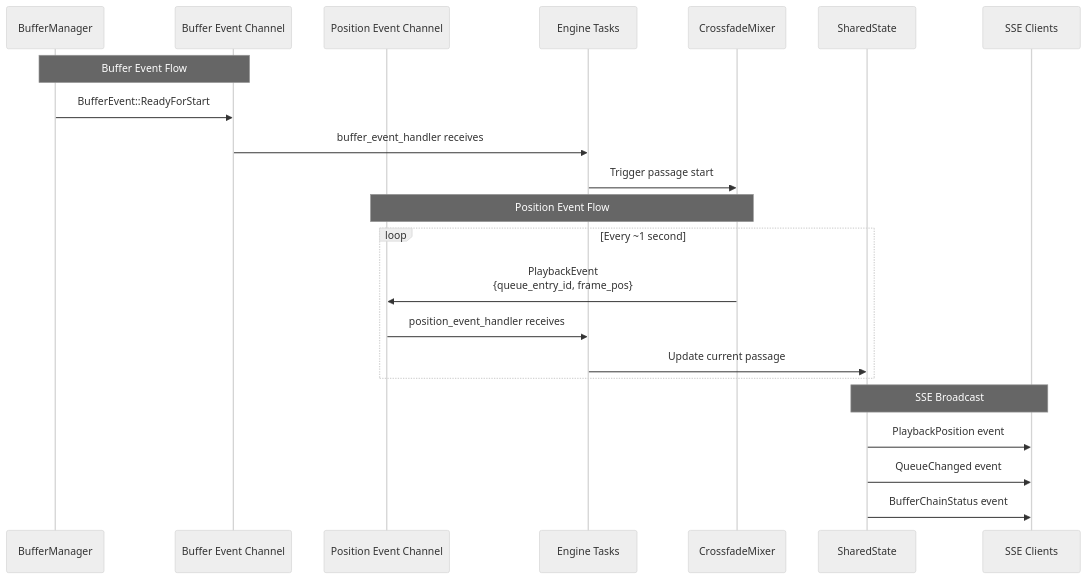
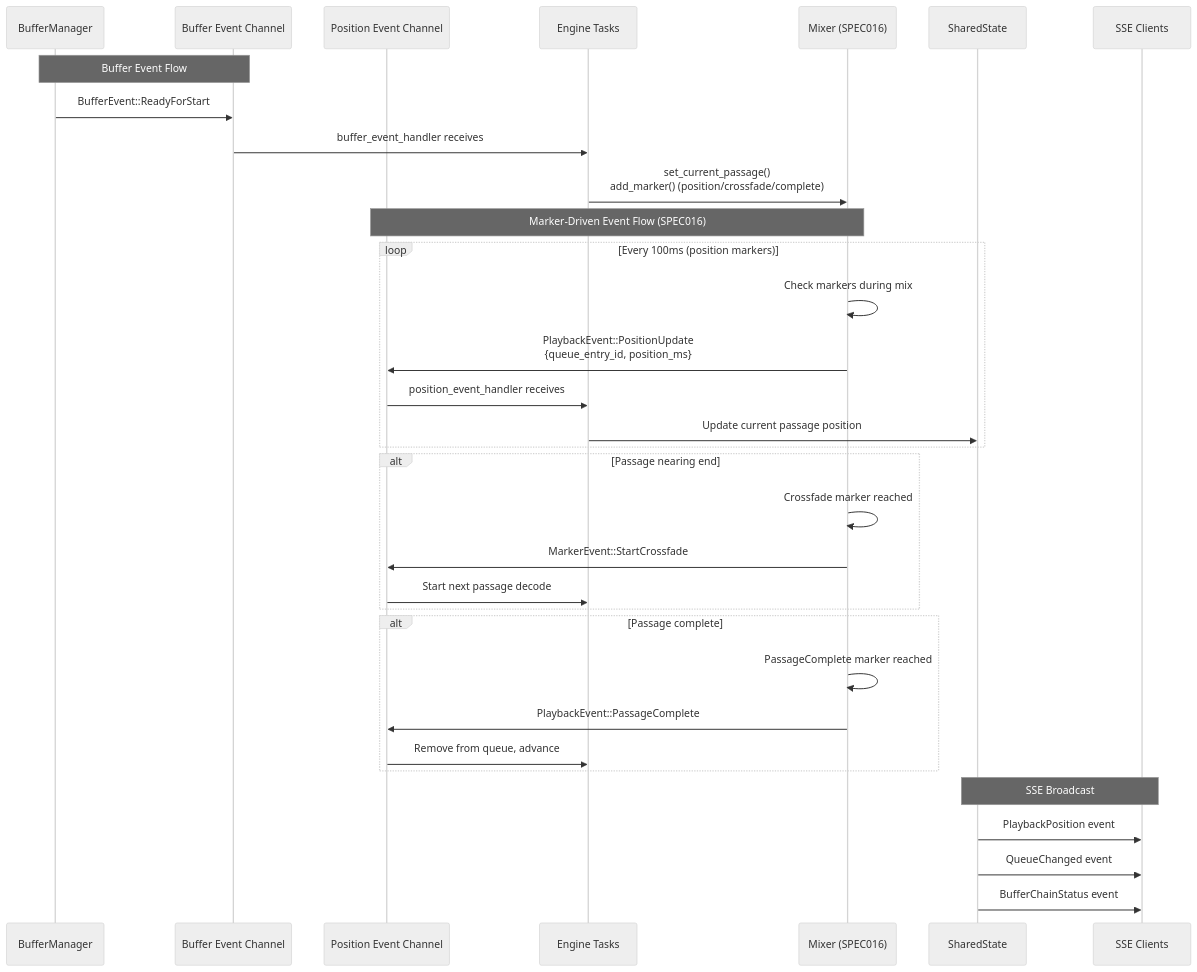
Before and after one commit to MangoCats/McRhythm: the fourth of 9 diagrams in docs/GUIDE003_audio_pipeline_diagrams.md, drawn with Mermaid (neutral theme). The commit also changed other lines of this file and 1 other file, not shown here.

Commit message:
mixer refactor getting better

````diff
--- a/docs/GUIDE003_audio_pipeline_diagrams.md
+++ b/docs/GUIDE003_audio_pipeline_diagrams.md
@@ -214,27 +214,40 @@
 ```mermaid
 sequenceDiagram
     participant BufMgr as BufferManager
     participant BufEvt as Buffer Event Channel
     participant PosEvt as Position Event Channel
     participant Engine as Engine Tasks
-    participant Mixer as CrossfadeMixer
+    participant Mixer as Mixer (SPEC016)
     participant State as SharedState
     participant SSE as SSE Clients
 
     Note over BufMgr,BufEvt: Buffer Event Flow
     BufMgr->>BufEvt: BufferEvent::ReadyForStart
     BufEvt->>Engine: buffer_event_handler receives
-    Engine->>Mixer: Trigger passage start
+    Engine->>Mixer: set_current_passage()<br/>add_marker() (position/crossfade/complete)
 
-    Note over Mixer,PosEvt: Position Event Flow
-    loop Every ~1 second
-        Mixer->>PosEvt: PlaybackEvent<br/>{queue_entry_id, frame_pos}
+    Note over Mixer,PosEvt: Marker-Driven Event Flow (SPEC016)
+    loop Every 100ms (position markers)
+        Mixer->>Mixer: Check markers during mix
+        Mixer->>PosEvt: PlaybackEvent::PositionUpdate<br/>{queue_entry_id, position_ms}
         PosEvt->>Engine: position_event_handler receives
-        Engine->>State: Update current passage
+        Engine->>State: Update current passage position
+    end
+
+    alt Passage nearing end
+        Mixer->>Mixer: Crossfade marker reached
+        Mixer->>PosEvt: MarkerEvent::StartCrossfade
+        PosEvt->>Engine: Start next passage decode
+    end
+
+    alt Passage complete
+        Mixer->>Mixer: PassageComplete marker reached
+        Mixer->>PosEvt: PlaybackEvent::PassageComplete
+        PosEvt->>Engine: Remove from queue, advance
     end
 
     Note over State,SSE: SSE Broadcast
     State->>SSE: PlaybackPosition event
     State->>SSE: QueueChanged event
     State->>SSE: BufferChainStatus event
 ```
````
